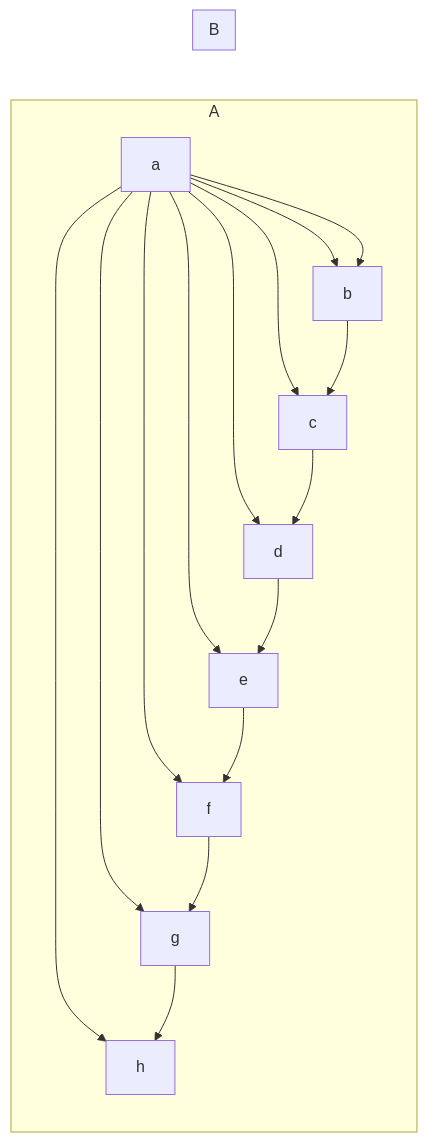
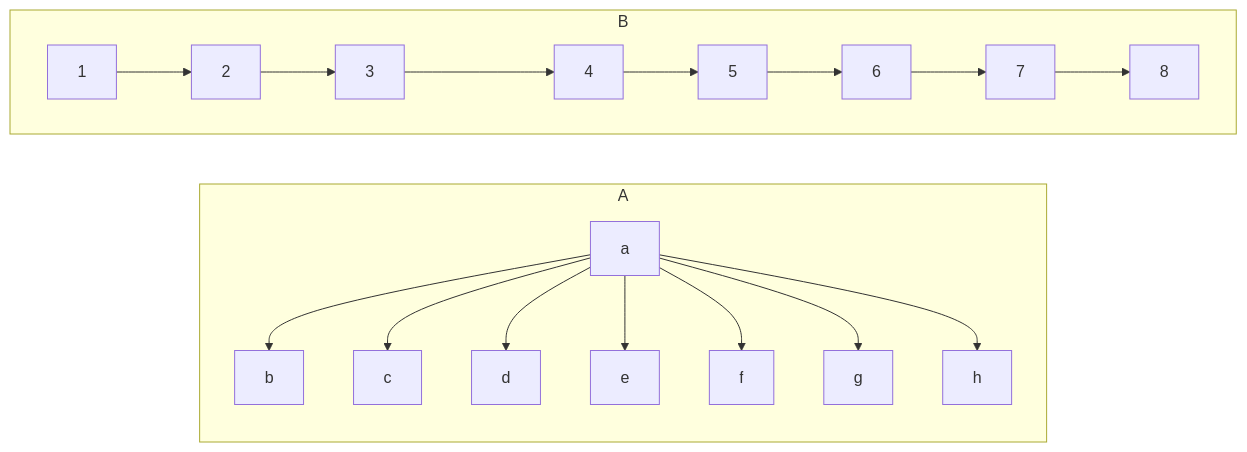
One commit to bweston6/uol-cs-notes changed the first of 2 diagrams in docs/comp324/lectures/_posts/2023-02-06-1.md. Above: the diagram before and after it, drawn with Mermaid.

Commit message:
Fixing graph.

````diff
--- a/docs/comp324/lectures/_posts/2023-02-06-1.md
+++ b/docs/comp324/lectures/_posts/2023-02-06-1.md
@@ -38,15 +38,16 @@
 ```mermaid
 graph LR
 subgraph A
 a --> b
 a --> c
 a --> d
 a --> e
 a --> f
 a --> g
 a --> h
 end
 subgraph B
-a --> b --> c --> d --> e --> f --> g --> h
+direction LR
+1 --> 2 --> 3 ---> 4 --> 5 --> 6 --> 7 --> 8
 end
 ```
````
